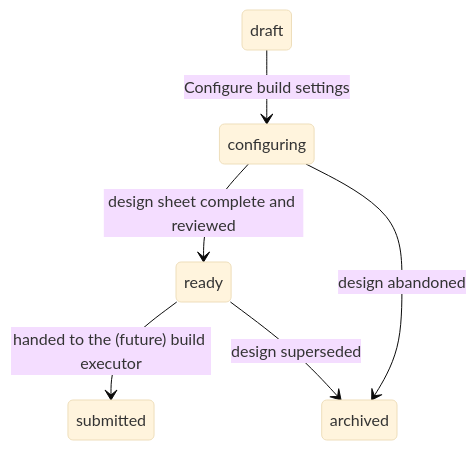
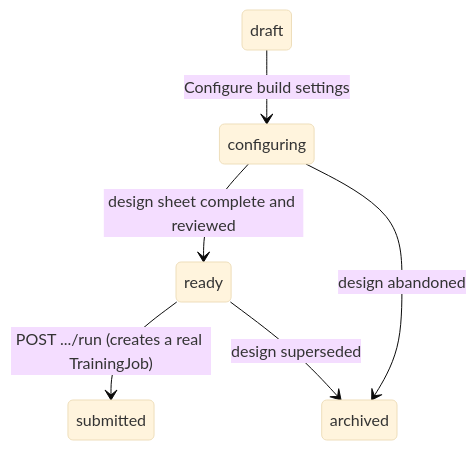
Before and after one commit to LordAries1972/MasterAI: diagram 14 of 14 in docs/HowToUse-MachineLearning.md, drawn with Mermaid (base theme). The commit also changed other lines of this file and 55 other files, not shown here.

````diff
--- a/docs/HowToUse-MachineLearning.md
+++ b/docs/HowToUse-MachineLearning.md
@@ -1657,8 +1661,8 @@
 ```mermaid
 stateDiagram-v2
     draft --> configuring: Configure build settings
     configuring --> ready: design sheet complete and reviewed
-    ready --> submitted: handed to the (future) build executor
+    ready --> submitted: POST .../run (creates a real TrainingJob)
     configuring --> archived: design abandoned
     ready --> archived: design superseded
 ```
````
